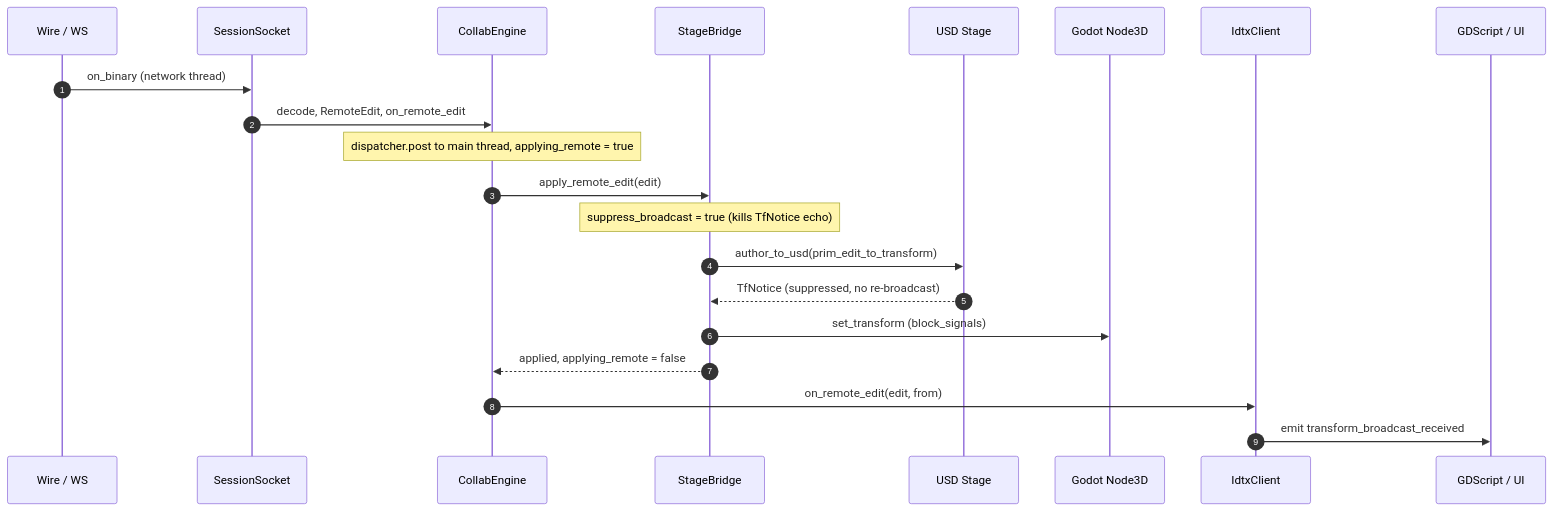
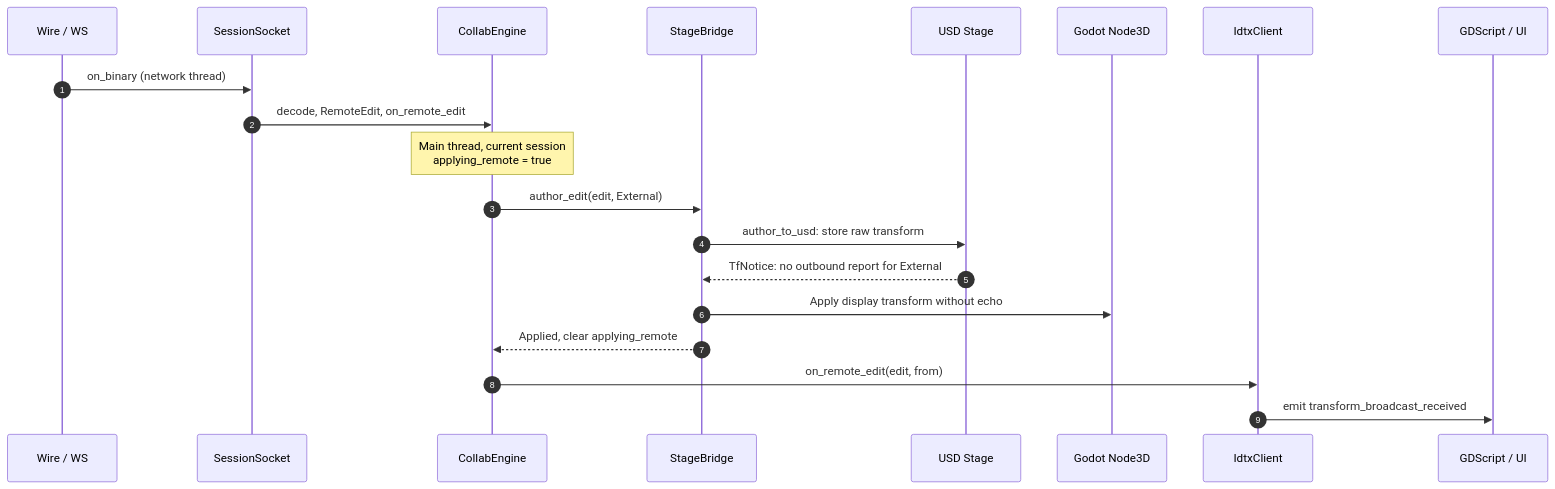
The second of 2 diagrams in docs/collab-client/transform-sync-flow.md (Immersive-Data-Center-Management/idtx-flow), drawn with Mermaid before and after one commit. The commit also changed other lines of this file and 42 other files, not shown here.

First line of the commit message:
Add live-session prim creation, deletion and restoration

````diff
--- a/docs/collab-client/transform-sync-flow.md
+++ b/docs/collab-client/transform-sync-flow.md
@@ -84,24 +88,23 @@
 ```mermaid
 sequenceDiagram
     autonumber
     participant Wire as Wire / WS
     participant Socket as SessionSocket
     participant Engine as CollabEngine
     participant Bridge as StageBridge
     participant Stage as USD Stage
     participant GNode as Godot Node3D
     participant Client as IdtxClient
     participant UI as GDScript / UI
 
     Wire->>Socket: on_binary (network thread)
     Socket->>Engine: decode, RemoteEdit, on_remote_edit
-    Note over Engine: dispatcher.post to main thread, applying_remote = true
-    Engine->>Bridge: apply_remote_edit(edit)
-    Note over Bridge: suppress_broadcast = true (kills TfNotice echo)
-    Bridge->>Stage: author_to_usd(prim_edit_to_transform)
-    Stage-->>Bridge: TfNotice (suppressed, no re-broadcast)
-    Bridge->>GNode: set_transform (block_signals)
-    Bridge-->>Engine: applied, applying_remote = false
+    Note over Engine: Main thread, current session<br/>applying_remote = true
+    Engine->>Bridge: author_edit(edit, External)
+    Bridge->>Stage: author_to_usd: store raw transform
+    Stage-->>Bridge: TfNotice: no outbound report for External
+    Bridge->>GNode: Apply display transform without echo
+    Bridge-->>Engine: Applied, clear applying_remote
     Engine->>Client: on_remote_edit(edit, from)
     Client->>UI: emit transform_broadcast_received
 ```
````
